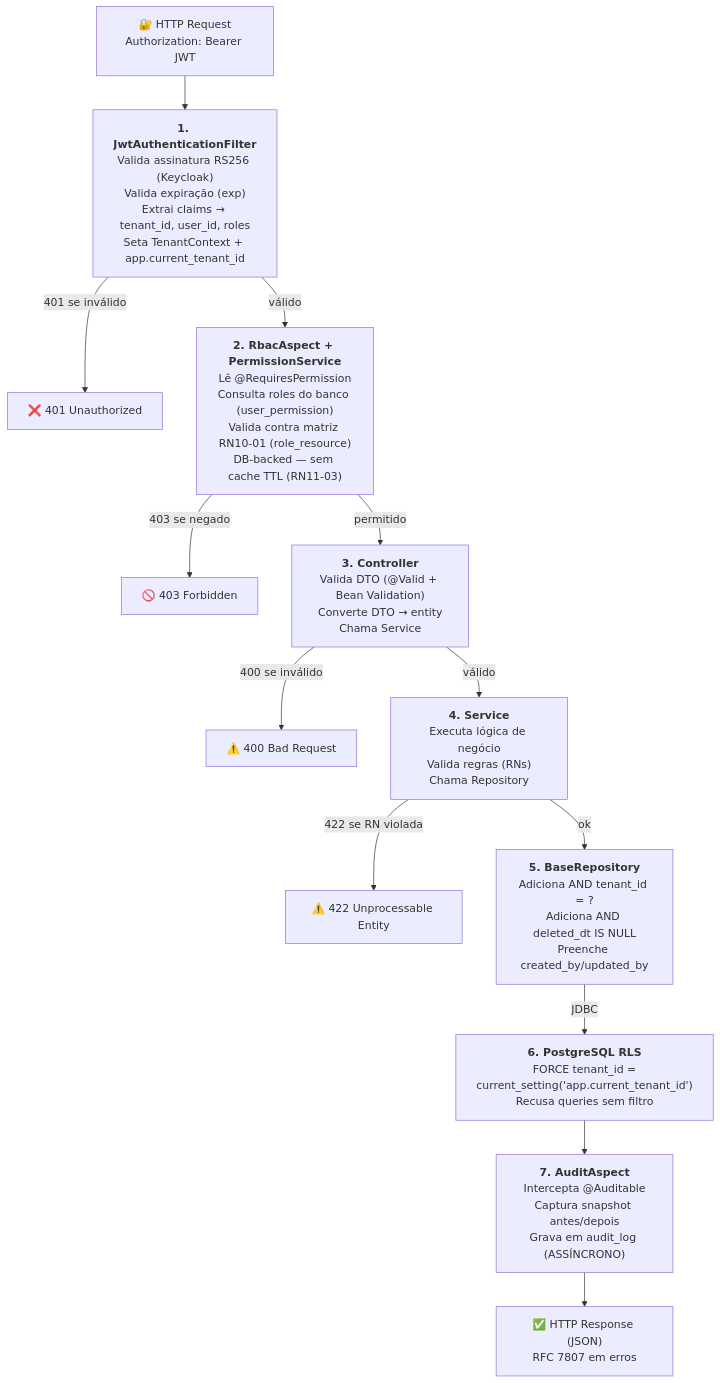
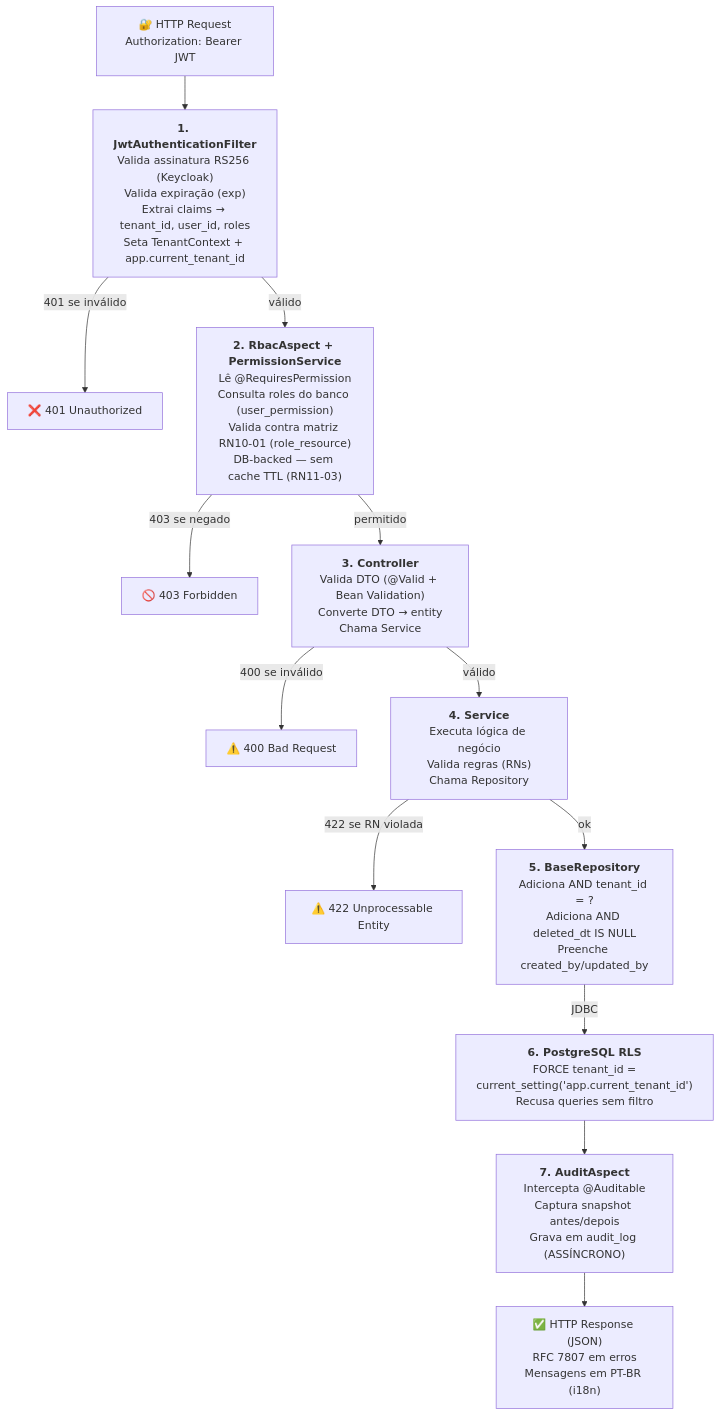
One commit to bolismar69/workspace-fbso changed the fifth of 8 diagrams in backend/java/spring/microservices/ms-fbso-platform-admin/.specs/business-projects/PRJ-FIN-2026-0003-SAAS-FBSO-ORG/ARCHITECTURE.md. Above: the diagram before and after it, drawn with Mermaid. The commit also changed other lines of this file and 136 other files, not shown here.

````diff
--- a/backend/java/spring/microservices/ms-fbso-platform-admin/.specs/business-projects/PRJ-FIN-2026-0003-SAAS-FBSO-ORG/ARCHITECTURE.md
+++ b/backend/java/spring/microservices/ms-fbso-platform-admin/.specs/business-projects/PRJ-FIN-2026-0003-SAAS-FBSO-ORG/ARCHITECTURE.md
@@ -352,15 +361,15 @@
 ```mermaid
 flowchart TD
     req["🔐 HTTP Request<br/>Authorization: Bearer JWT"] --> jwtFilter["<b>1. JwtAuthenticationFilter</b><br/>Valida assinatura RS256 (Keycloak)<br/>Valida expiração (exp)<br/>Extrai claims → tenant_id, user_id, roles<br/>Seta TenantContext + app.current_tenant_id"]
     jwtFilter -->|"401 se inválido"| error401["❌ 401 Unauthorized"]
     jwtFilter -->|"válido"| rbac["<b>2. RbacAspect + PermissionService</b><br/>Lê @RequiresPermission<br/>Consulta roles do banco (user_permission)<br/>Valida contra matriz RN10-01 (role_resource)<br/>DB-backed — sem cache TTL (RN11-03)"]
     rbac -->|"403 se negado"| error403["🚫 403 Forbidden"]
     rbac -->|"permitido"| controller["<b>3. Controller</b><br/>Valida DTO (@Valid + Bean Validation)<br/>Converte DTO → entity<br/>Chama Service"]
     controller -->|"400 se inválido"| error400["⚠️ 400 Bad Request"]
     controller -->|"válido"| service["<b>4. Service</b><br/>Executa lógica de negócio<br/>Valida regras (RNs)<br/>Chama Repository"]
     service -->|"422 se RN violada"| error422["⚠️ 422 Unprocessable Entity"]
     service -->|"ok"| repo["<b>5. BaseRepository</b><br/>Adiciona AND tenant_id = ?<br/>Adiciona AND deleted_dt IS NULL<br/>Preenche created_by/updated_by"]
     repo -->|"JDBC"| rls["<b>6. PostgreSQL RLS</b><br/>FORCE tenant_id =<br/>current_setting('app.current_tenant_id')<br/>Recusa queries sem filtro"]
     rls --> audit["<b>7. AuditAspect</b><br/>Intercepta @Auditable<br/>Captura snapshot antes/depois<br/>Grava em audit_log (ASSÍNCRONO)"]
-    audit --> res["✅ HTTP Response (JSON)<br/>RFC 7807 em erros"]
+    audit --> res["✅ HTTP Response (JSON)<br/>RFC 7807 em erros<br/>Mensagens em PT-BR (i18n)"]
 ```
````
